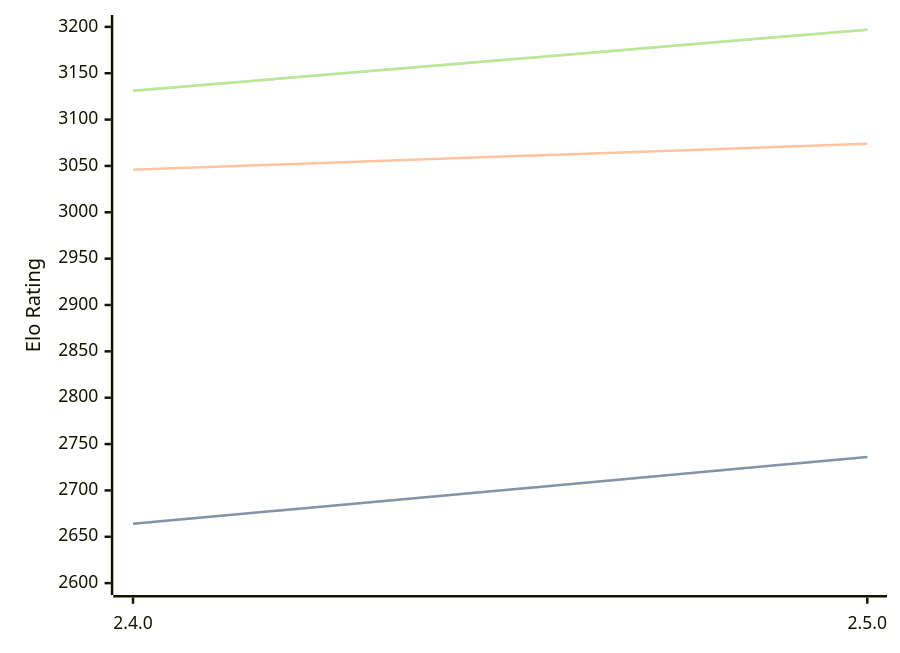
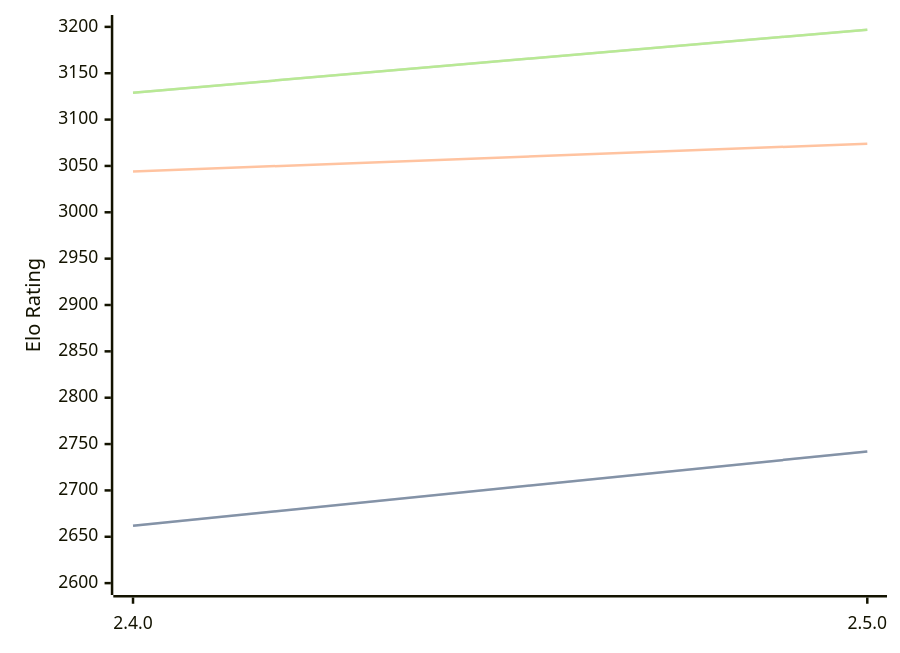
Before and after one commit to computer-chess-index/cci: the diagram in engines/Sturddle2.md, drawn with Mermaid. The commit also changed other lines of this file, not shown here.

Commit message:
Update CCI Ratings (ELO VLTC) - 2026-03-12

````diff
--- a/engines/Sturddle2.md
+++ b/engines/Sturddle2.md
@@ -35,11 +35,11 @@
 ```mermaid
 %%{init: {"theme":"base","themeVariables":{"seriesColors:['#a3a3a3','#222221','#faa371']}}}%%
 xychart-beta
   x-axis ["2.4.0", "2.5.0"]
   y-axis "Elo Rating" 2600 --> 3200
-  line "STC (8.0+0.08s)" [2664, 2736]
-  line "STC (8.0+0.08s)" [2664, 2736]
-  line "LTC (60.0+0.60s)" [3046, 3074]
-  line "VLTC (2m24s+1.12s)" [3131, 3197]
-  line "VLTC (2m24s+1.12s)" [3131, 3197]
+  line "STC (8.0+0.08s)" [2662, 2742]
+  line "STC (8.0+0.08s)" [2662, 2742]
+  line "LTC (60.0+0.60s)" [3044, 3074]
+  line "VLTC (2m24s+1.12s)" [3129, 3197]
+  line "VLTC (2m24s+1.12s)" [3129, 3197]
 ```
````
